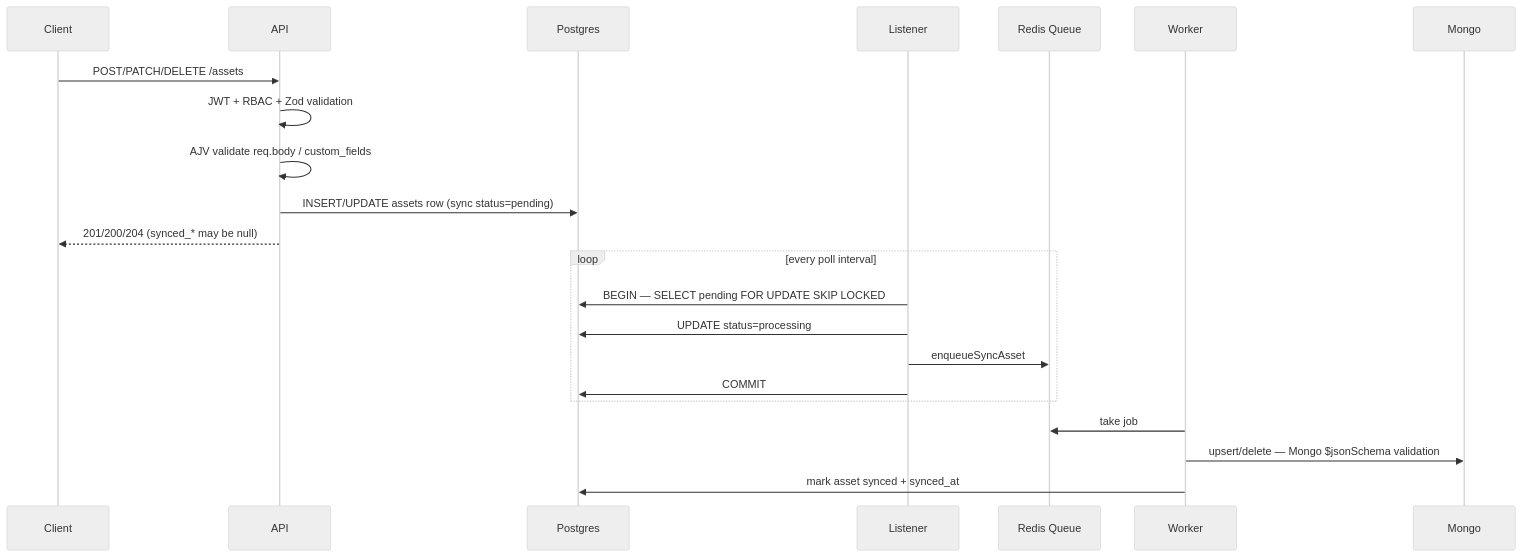
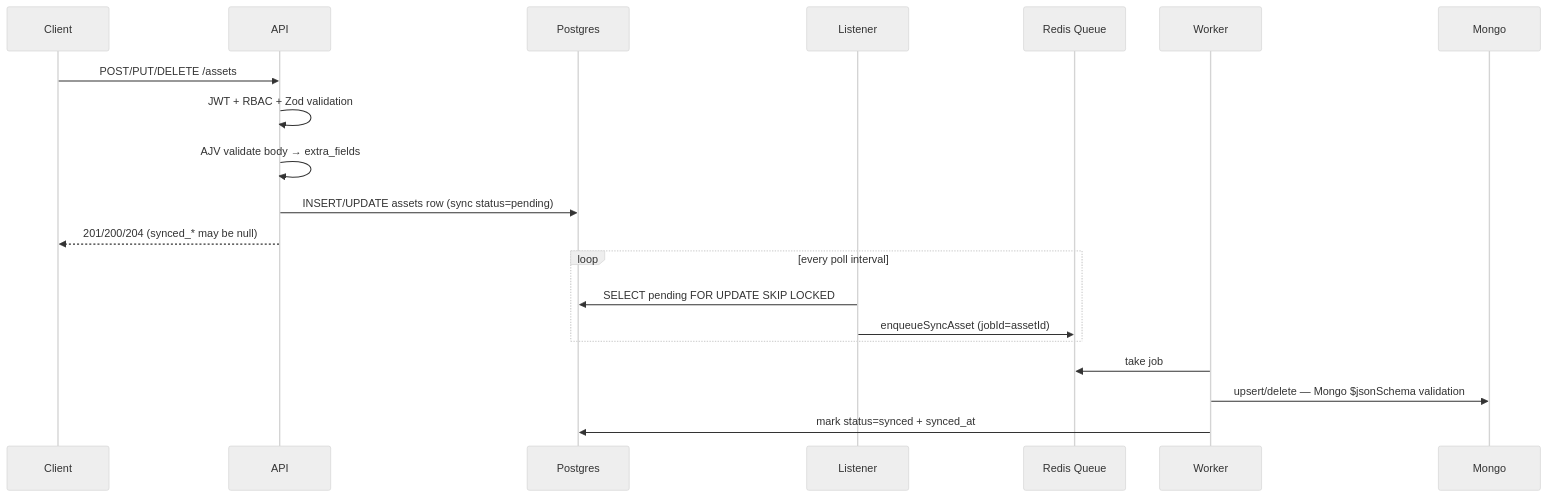
One commit to msroot/voda_ai_homework changed the third of 7 diagrams in ARCHITECTURE.md. Above: the diagram before and after it, drawn with Mermaid (neutral theme). The commit also changed other lines of this file and 2 other files, not shown here.

````diff
--- a/ARCHITECTURE.md
+++ b/ARCHITECTURE.md
@@ -103,27 +145,25 @@
 ```mermaid
 sequenceDiagram
   participant C as Client
   participant API as API
   participant PG as Postgres
   participant L as Listener
   participant Q as Redis Queue
   participant W as Worker
   participant MG as Mongo
 
-  C->>API: POST/PATCH/DELETE /assets
+  C->>API: POST/PUT/DELETE /assets
   API->>API: JWT + RBAC + Zod validation
-  API->>API: AJV validate req.body / custom_fields
+  API->>API: AJV validate body → extra_fields
   API->>PG: INSERT/UPDATE assets row (sync status=pending)
   API-->>C: 201/200/204 (synced_* may be null)
 
   loop every poll interval
-    L->>PG: BEGIN — SELECT pending FOR UPDATE SKIP LOCKED
-    L->>PG: UPDATE status=processing
-    L->>Q: enqueueSyncAsset
-    L->>PG: COMMIT
+    L->>PG: SELECT pending FOR UPDATE SKIP LOCKED
+    L->>Q: enqueueSyncAsset (jobId=assetId)
   end
 
   W->>Q: take job
   W->>MG: upsert/delete — Mongo $jsonSchema validation
-  W->>PG: mark asset synced + synced_at
+  W->>PG: mark status=synced + synced_at
 ```
````
